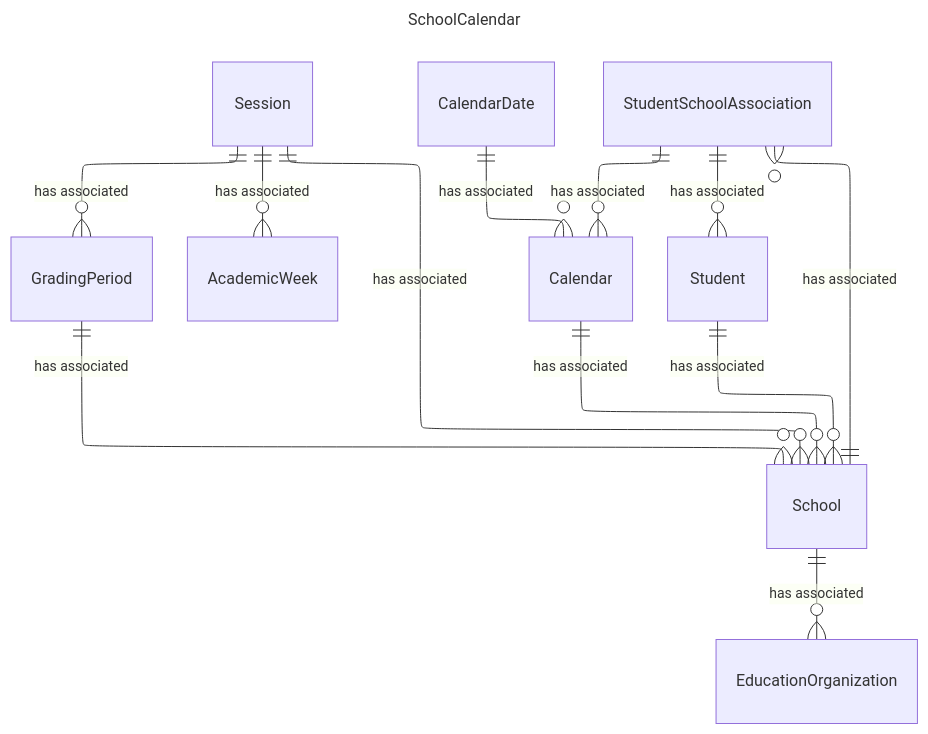
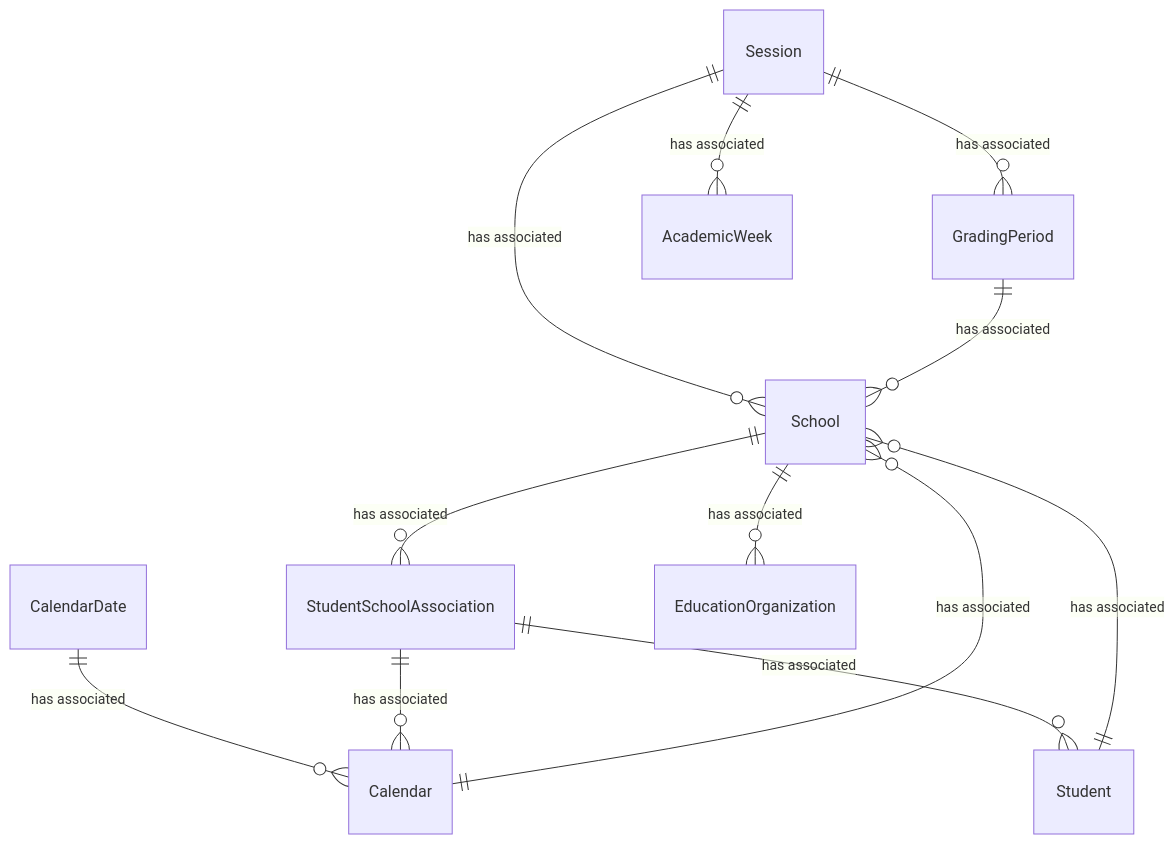
Before and after one commit to Ed-Fi-Alliance-OSS/ed-fi-alliance-oss.github.io: the diagram in dataStandard_versioned_docs/version-6/model-reference/school-calendar-domain/SchoolCalendar-simple.mmd, drawn with Mermaid. The commit also changed 132 other files, not shown here.

```diff
--- a/dataStandard_versioned_docs/version-6/model-reference/school-calendar-domain/SchoolCalendar-simple.mmd
+++ b/dataStandard_versioned_docs/version-6/model-reference/school-calendar-domain/SchoolCalendar-simple.mmd
@@ -1,35 +1,30 @@
----
-title: SchoolCalendar
-config:
-  layout: elk
----
 erDiagram
     Session {
     }
     GradingPeriod {
     }
     AcademicWeek {
     }
     Calendar {
     }
     CalendarDate {
     }
     StudentSchoolAssociation {
     }
     Student {
     }
     EducationOrganization {
     }
     School {
     }
     Session ||--o{ School : "has associated"
     Session ||--o{ AcademicWeek : "has associated"
     Session ||--o{ GradingPeriod : "has associated"
     GradingPeriod ||--o{ School : "has associated"
     Calendar ||--o{ School : "has associated"
     CalendarDate ||--o{ Calendar : "has associated"
     StudentSchoolAssociation ||--o{ Calendar : "has associated"
     StudentSchoolAssociation ||--o{ Student : "has associated"
     School ||--o{ StudentSchoolAssociation : "has associated"
     School ||--o{ EducationOrganization : "has associated"
     Student ||--o{ School : "has associated"
```
